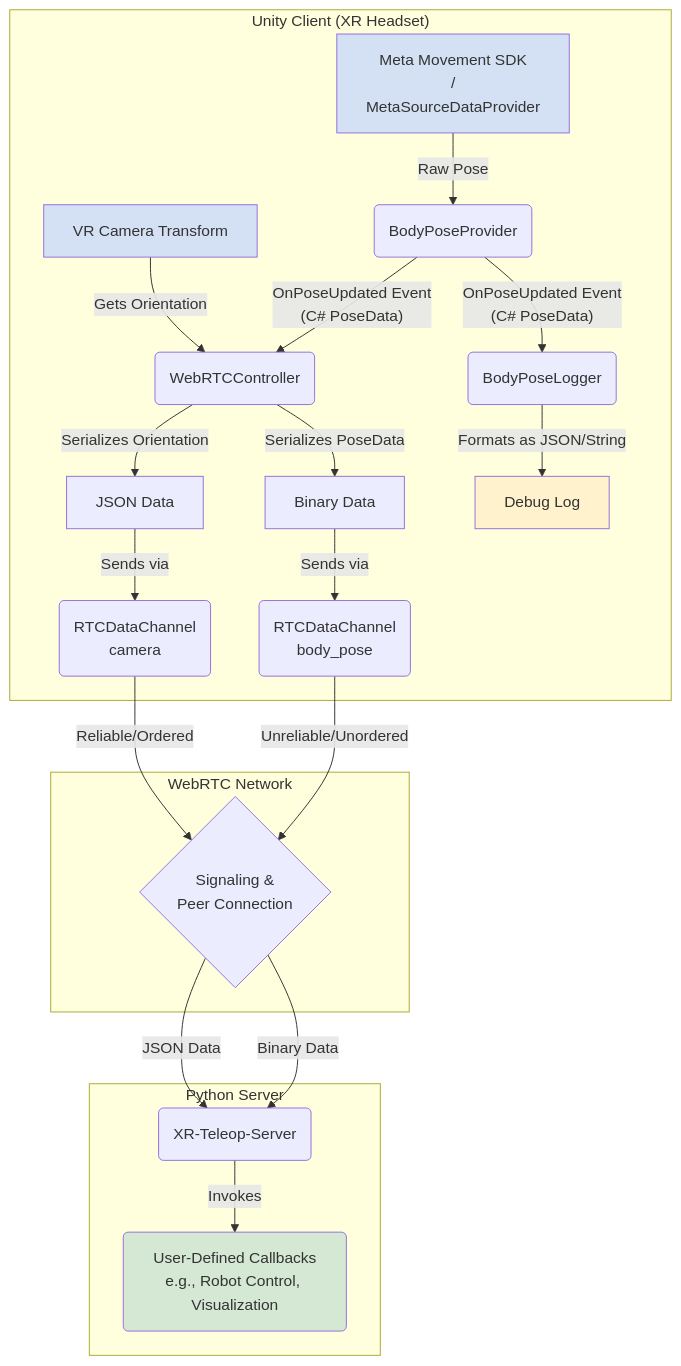
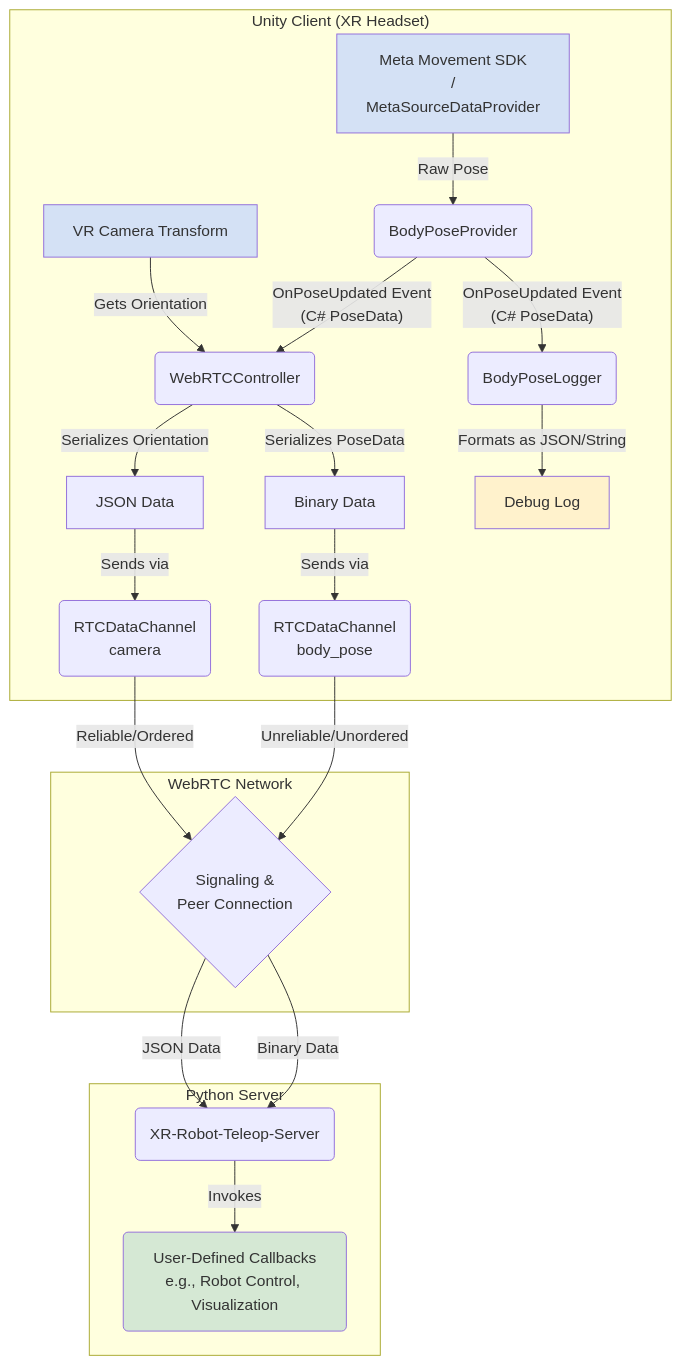
One commit to yunho-c/XR-Robot-Teleop-Client changed the diagram in README.md. Above: the diagram before and after it, drawn with Mermaid. The commit also changed other lines of this file, not shown here.

````diff
--- a/README.md
+++ b/README.md
@@ -28,33 +42,33 @@
 ```mermaid
 graph TD
     subgraph "Unity Client (XR Headset)"
         A[Meta Movement SDK<br>/<br>MetaSourceDataProvider] -- Raw Pose --> B(BodyPoseProvider);
         B -- OnPoseUpdated Event<br>(C# PoseData) --> C(WebRTCController);
         B -- OnPoseUpdated Event<br>(C# PoseData) --> D(BodyPoseLogger);
 
         C -- Serializes PoseData --> E[Binary Data];
         E -- Sends via --> F(RTCDataChannel<br>body_pose);
 
         G[VR Camera Transform] -- Gets Orientation --> C;
         C -- Serializes Orientation --> H[JSON Data];
         H -- Sends via --> I(RTCDataChannel<br>camera);
 
         D -- Formats as JSON/String --> J[Debug Log];
     end
 
     subgraph "WebRTC Network"
         F -- Unreliable/Unordered --> K{Signaling &<br>Peer Connection};
         I -- Reliable/Ordered --> K;
     end
 
     subgraph "Python Server"
-        K -- Binary Data --> L(XR-Teleop-Server);
+        K -- Binary Data --> L(XR-Robot-Teleop-Server);
         K -- JSON Data --> L;
         L -- Invokes --> M(User-Defined Callbacks<br>e.g., Robot Control, Visualization);
     end
 
     style A fill:#D4E1F5
     style G fill:#D4E1F5
     style J fill:#FFF2CC
     style M fill:#D5E8D4
 ```
````
